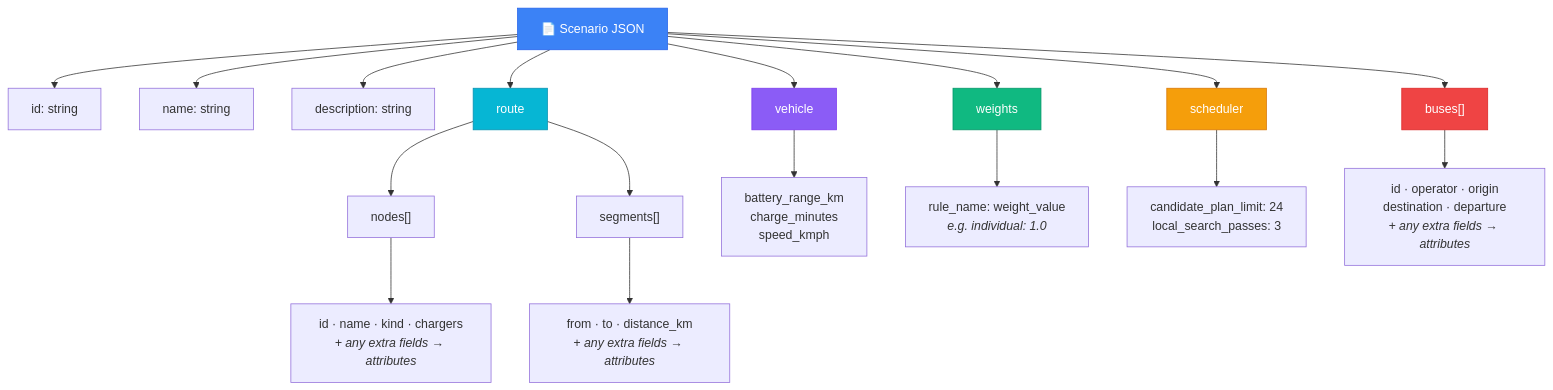
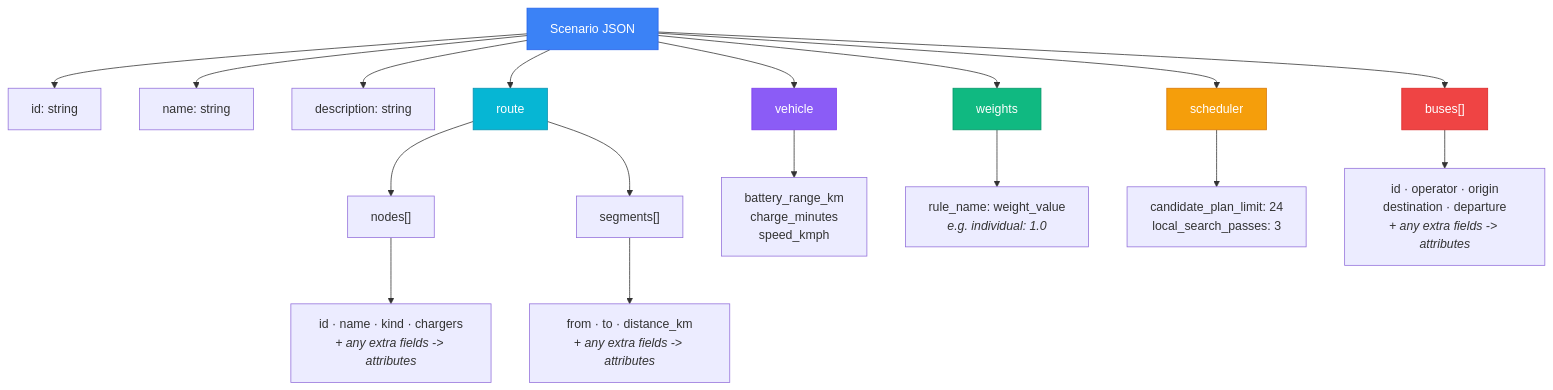
Before and after one commit to mukulgupta11/bus_charging_scheduler: the ninth of 13 diagrams in ARCHITECTURE.md, drawn with Mermaid. The commit also changed other lines of this file and 3 other files, not shown here.

````diff
--- a/ARCHITECTURE.md
+++ b/ARCHITECTURE.md
@@ -554,29 +554,29 @@
 ```mermaid
 graph TD
-    ROOT["📄 Scenario JSON"]
+    ROOT["Scenario JSON"]
     ROOT --> ID["id: string"]
     ROOT --> NAME["name: string"]
     ROOT --> DESC["description: string"]
     ROOT --> ROUTE["route"]
     ROOT --> VEHICLE["vehicle"]
     ROOT --> WEIGHTS["weights"]
     ROOT --> SCHED["scheduler"]
     ROOT --> BUSES["buses[]"]
 
     ROUTE --> NODES["nodes[]"]
     ROUTE --> SEGS["segments[]"]
 
-    NODES --> NODE_F["id · name · kind · chargers<br/><i>+ any extra fields → attributes</i>"]
-    SEGS --> SEG_F["from · to · distance_km<br/><i>+ any extra fields → attributes</i>"]
+    NODES --> NODE_F["id · name · kind · chargers<br/><i>+ any extra fields -> attributes</i>"]
+    SEGS --> SEG_F["from · to · distance_km<br/><i>+ any extra fields -> attributes</i>"]
     VEHICLE --> VEH_F["battery_range_km<br/>charge_minutes<br/>speed_kmph"]
     WEIGHTS --> W_F["rule_name: weight_value<br/><i>e.g. individual: 1.0</i>"]
     SCHED --> S_F["candidate_plan_limit: 24<br/>local_search_passes: 3"]
-    BUSES --> BUS_F["id · operator · origin<br/>destination · departure<br/><i>+ any extra fields → attributes</i>"]
+    BUSES --> BUS_F["id · operator · origin<br/>destination · departure<br/><i>+ any extra fields -> attributes</i>"]
 
     style ROOT fill:#3B82F6,color:#fff,stroke:#2563EB
     style ROUTE fill:#06B6D4,color:#fff,stroke:#0891B2
     style VEHICLE fill:#8B5CF6,color:#fff,stroke:#7C3AED
     style WEIGHTS fill:#10B981,color:#fff,stroke:#059669
     style SCHED fill:#F59E0B,color:#fff,stroke:#D97706
     style BUSES fill:#EF4444,color:#fff,stroke:#DC2626
 ```
````
